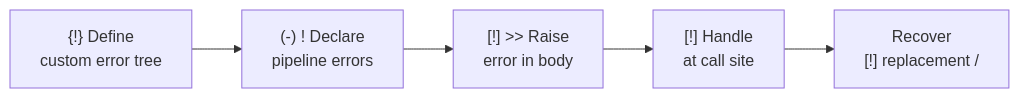
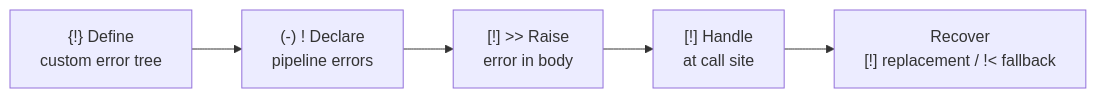
The first of 2 diagrams in docs/user/concepts/errors.md (hasan-alj88/Polyglot), drawn with Mermaid before and after one commit. The commit also changed other lines of this file and 30 other files, not shown here.

````diff
--- a/docs/user/concepts/errors.md
+++ b/docs/user/concepts/errors.md
@@ -17,10 +17,10 @@
 ```mermaid
 flowchart LR
     DEF["{!} Define\ncustom error tree"]
     DEC["(-) ! Declare\npipeline errors"]
     RAISE["[!] >> Raise\nerror in body"]
     HANDLE["[!] Handle\nat call site"]
-    RECOVER["Recover\n[!] replacement / <! fallback"]
+    RECOVER["Recover\n[!] replacement / !< fallback"]
 
     DEF --> DEC --> RAISE --> HANDLE --> RECOVER
 ```
````
